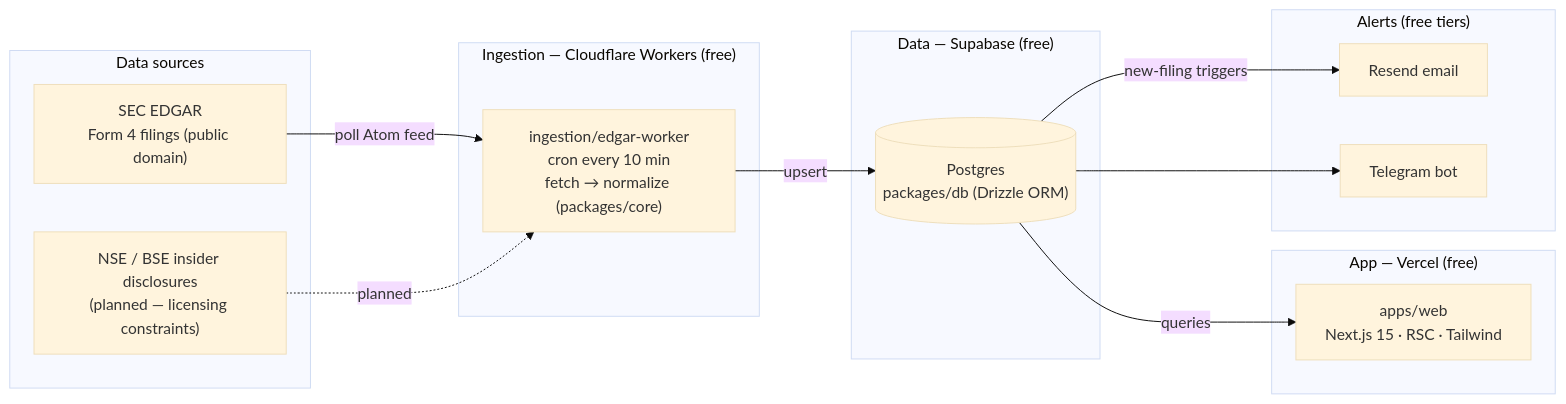
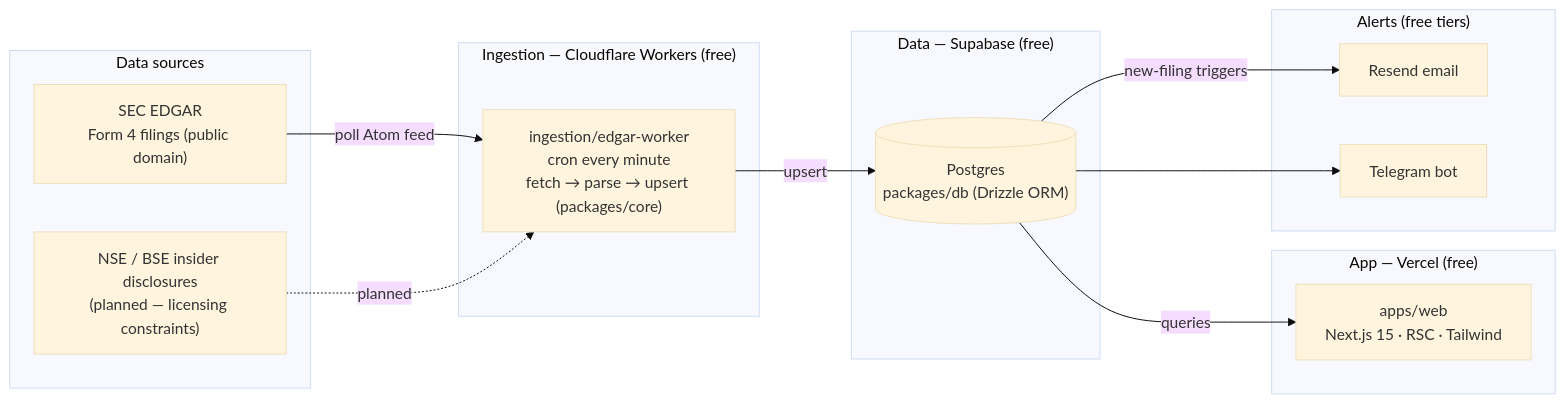
The diagram in README.md (shAsh-cy/InsiderFlow), drawn with Mermaid (base theme) before and after one commit. The commit also changed other lines of this file and 35 other files, not shown here.

````diff
--- a/README.md
+++ b/README.md
@@ -30,31 +30,31 @@
 ```mermaid
 flowchart LR
     subgraph sources["Data sources"]
         EDGAR["SEC EDGAR<br/>Form 4 filings (public domain)"]
         NSE["NSE / BSE insider disclosures<br/>(planned — licensing constraints)"]
     end
 
     subgraph ingestion["Ingestion — Cloudflare Workers (free)"]
-        WORKER["ingestion/edgar-worker<br/>cron every 10 min<br/>fetch → normalize (packages/core)"]
+        WORKER["ingestion/edgar-worker<br/>cron every minute<br/>fetch → parse → upsert (packages/core)"]
     end
 
     subgraph data["Data — Supabase (free)"]
         PG[("Postgres<br/>packages/db (Drizzle ORM)")]
     end
 
     subgraph app["App — Vercel (free)"]
         WEB["apps/web<br/>Next.js 15 · RSC · Tailwind"]
     end
 
     subgraph alerts["Alerts (free tiers)"]
         RESEND["Resend email"]
         TG["Telegram bot"]
     end
 
     EDGAR -->|poll Atom feed| WORKER
     NSE -.->|planned| WORKER
     WORKER -->|upsert| PG
     PG -->|queries| WEB
     PG -->|new-filing triggers| RESEND
     PG --> TG
 ```
````
